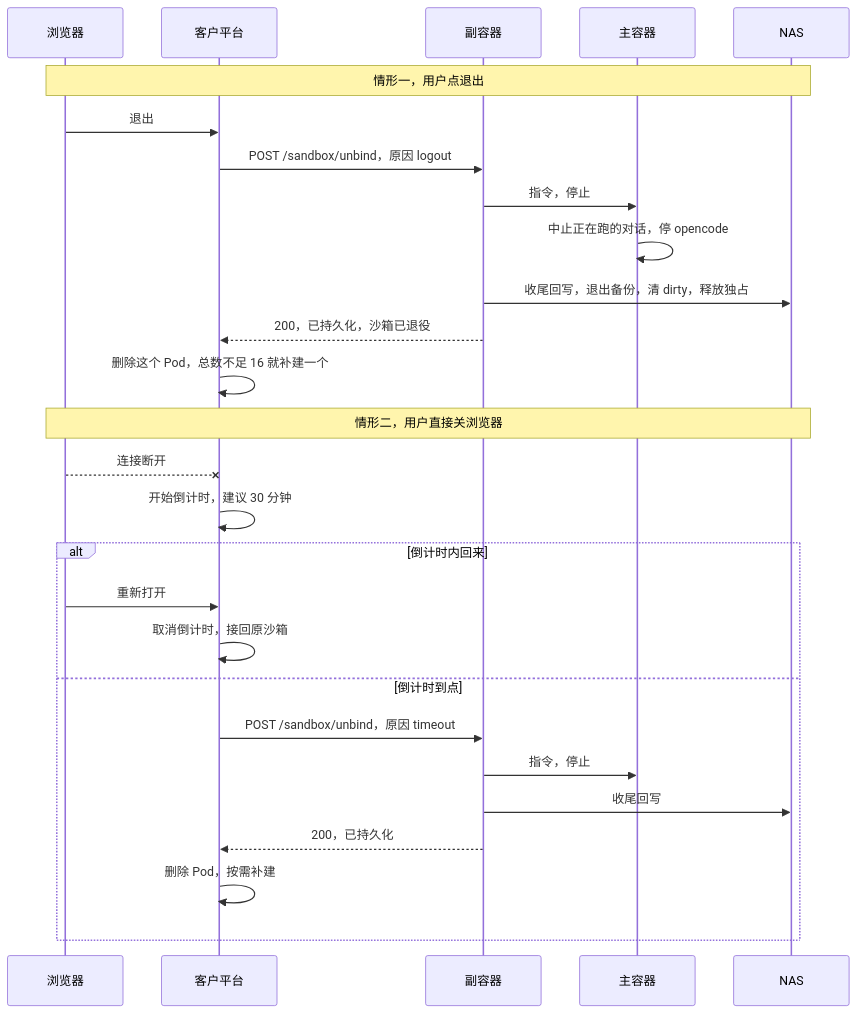
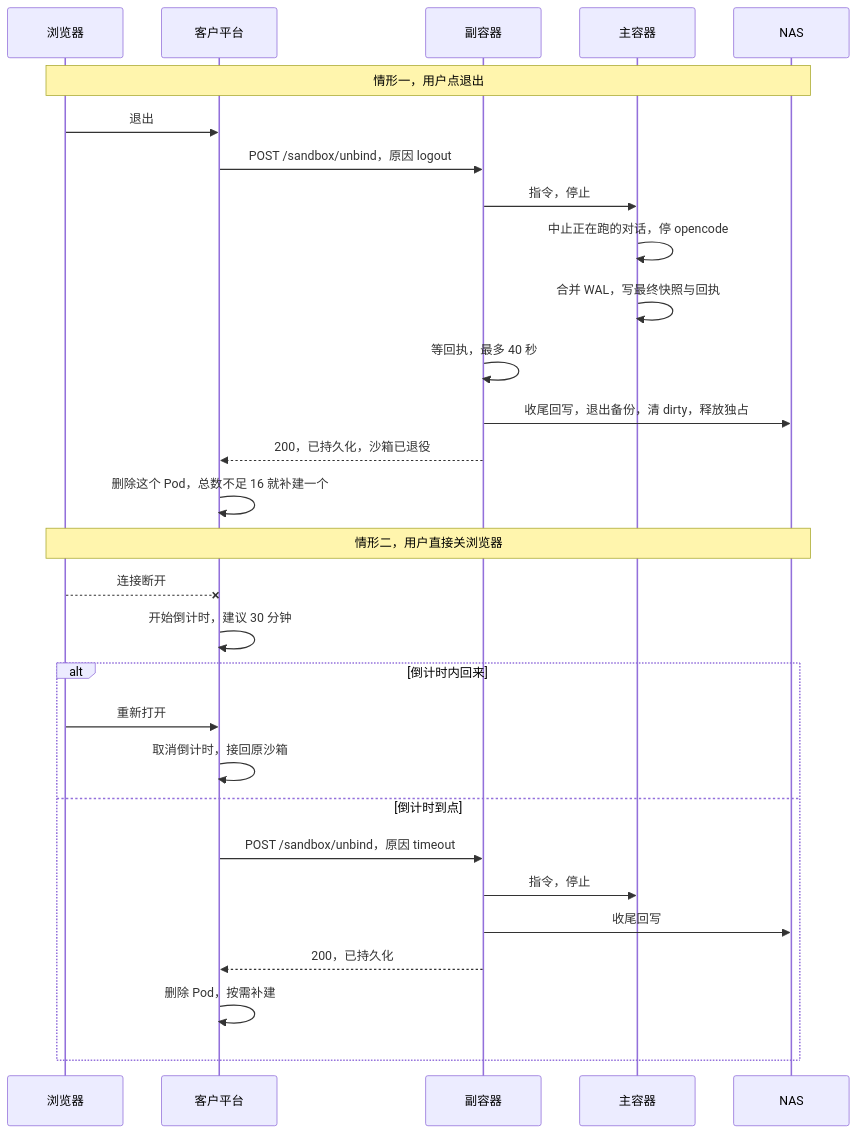
The fifth of 5 diagrams in docs/specs/2026-10-13-sandbox-pool-design.md (sqlrush/gh_agent_k8s), drawn with Mermaid before and after one commit. The commit also changed other lines of this file, not shown here.

````diff
--- a/docs/specs/2026-10-13-sandbox-pool-design.md
+++ b/docs/specs/2026-10-13-sandbox-pool-design.md
@@ -328,29 +355,31 @@
 ```mermaid
 sequenceDiagram
     participant B as 浏览器
     participant P as 客户平台
     participant S as 副容器
     participant M as 主容器
     participant N as NAS
     Note over B,N: 情形一，用户点退出
     B->>P: 退出
     P->>S: POST /sandbox/unbind，原因 logout
     S->>M: 指令，停止
     M->>M: 中止正在跑的对话，停 opencode
+    M->>M: 合并 WAL，写最终快照与回执
+    S->>S: 等回执，最多 40 秒
     S->>N: 收尾回写，退出备份，清 dirty，释放独占
     S-->>P: 200，已持久化，沙箱已退役
     P->>P: 删除这个 Pod，总数不足 16 就补建一个
     Note over B,N: 情形二，用户直接关浏览器
     B--xP: 连接断开
     P->>P: 开始倒计时，建议 30 分钟
     alt 倒计时内回来
         B->>P: 重新打开
         P->>P: 取消倒计时，接回原沙箱
     else 倒计时到点
         P->>S: POST /sandbox/unbind，原因 timeout
         S->>M: 指令，停止
         S->>N: 收尾回写
         S-->>P: 200，已持久化
         P->>P: 删除 Pod，按需补建
     end
 ```
````
